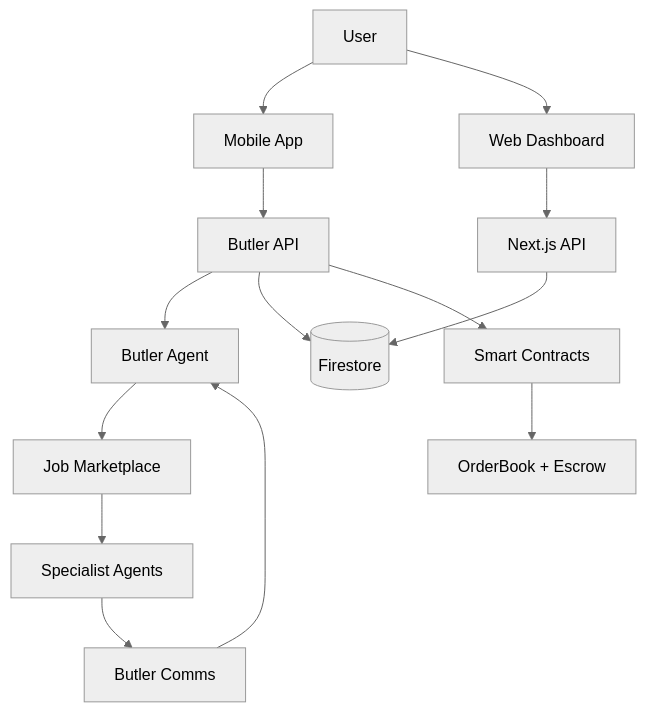
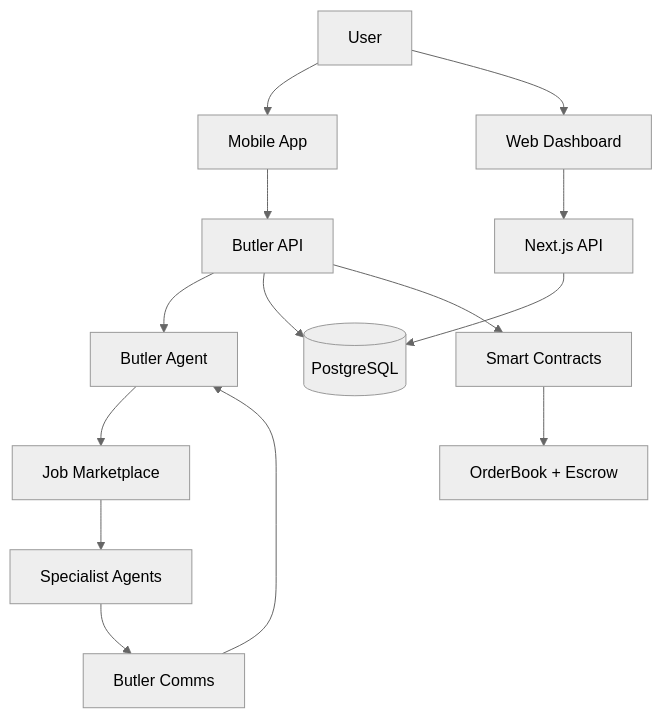
Before and after one commit to BabyBoss45/SOTA_HackEurope: the second of 2 diagrams in README.md, drawn with Mermaid (neutral theme). The commit also changed other lines of this file and 7 other files, not shown here.

First line of the commit message:
feat: replace Firebase with PostgreSQL (Railway) + fix task_memory scoping bug

````diff
--- a/README.md
+++ b/README.md
@@ -100,21 +100,21 @@
 ```mermaid
 graph TD
     U[User] --> M[Mobile App]
     U --> W[Web Dashboard]
 
     M --> BAPI[Butler API]
     W --> NAPI[Next.js API]
 
     BAPI --> BUTLER[Butler Agent]
     BUTLER --> BOARD[Job Marketplace]
 
     BOARD --> WORKERS[Specialist Agents]
     WORKERS --> COMMS[Butler Comms]
     COMMS --> BUTLER
 
-    NAPI --> FS[(Firestore)]
-    BAPI --> FS
+    NAPI --> PG[(PostgreSQL)]
+    BAPI --> PG
 
     BAPI --> SC[Smart Contracts]
     SC --> ONCHAIN[OrderBook + Escrow]
 ```
````
